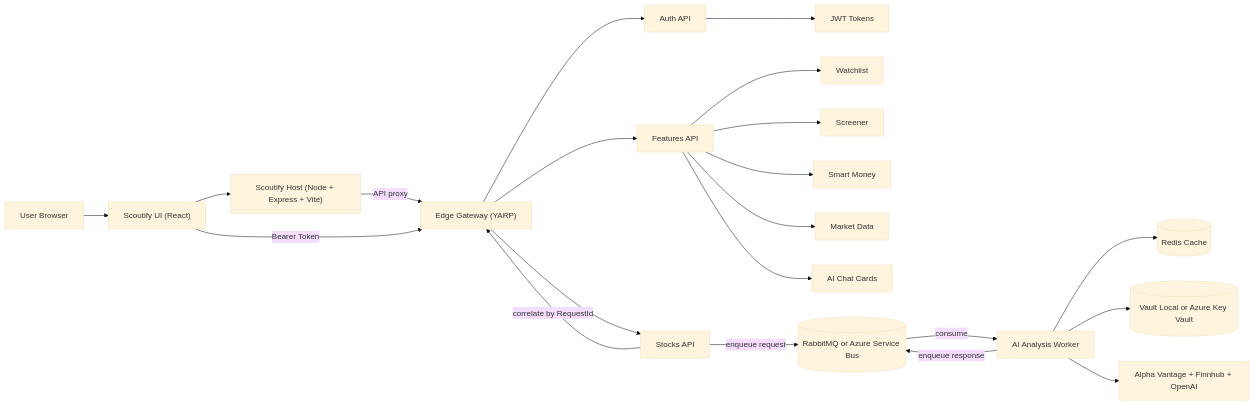
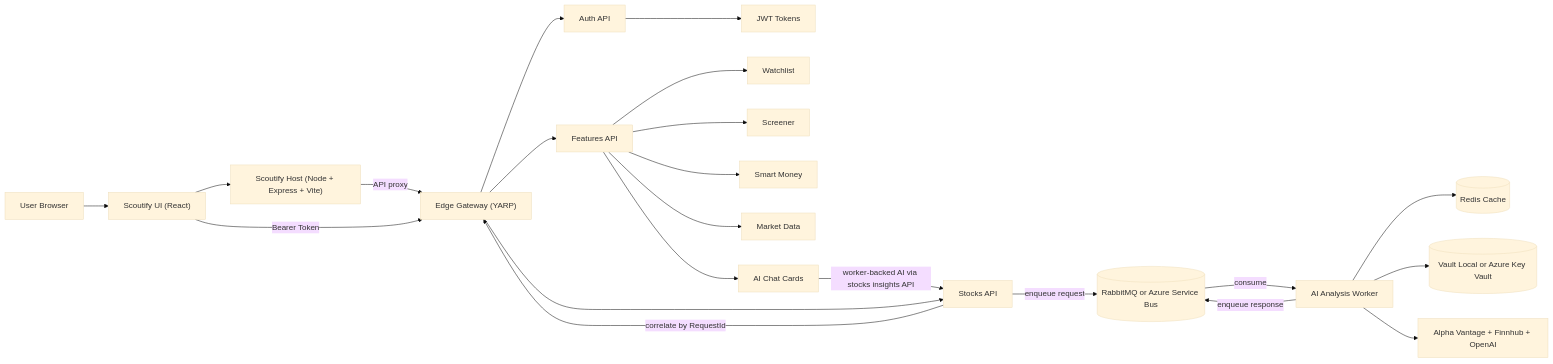
Before and after one commit to sushanth262/scoutify-apps: the first of 8 diagrams in README.md, drawn with Mermaid (base theme). The commit also changed other lines of this file, not shown here.

First line of the commit message:
Document features-to-stocks AI relationship in architecture.

````diff
--- a/README.md
+++ b/README.md
@@ -9,27 +9,28 @@
 ```mermaid
 flowchart LR
     User["User Browser"] --> UI["Scoutify UI (React)"]
     UI --> Node["Scoutify Host (Node + Express + Vite)"]
     Node -->|"API proxy"| Edge["Edge Gateway (YARP)"]
 
     Edge --> Auth["Auth API"]
     Edge --> Features["Features API"]
     Edge --> Stocks["Stocks API"]
 
     Auth --> Jwt["JWT Tokens"]
     UI -->|"Bearer Token"| Edge
 
     Features --> F1["Watchlist"]
     Features --> F2["Screener"]
     Features --> F3["Smart Money"]
     Features --> F4["Market Data"]
     Features --> F5["AI Chat Cards"]
+    F5 -->|"worker-backed AI via stocks insights API"| Stocks
 
     Stocks -->|"enqueue request"| Queue[("RabbitMQ or Azure Service Bus")]
     Queue -->|"consume"| Worker["AI Analysis Worker"]
     Worker --> Cache[("Redis Cache")]
     Worker --> Secrets[("Vault Local or Azure Key Vault")]
     Worker --> Providers["Alpha Vantage + Finnhub + OpenAI"]
     Worker -->|"enqueue response"| Queue
     Stocks -->|"correlate by RequestId"| Edge
 ```
````
